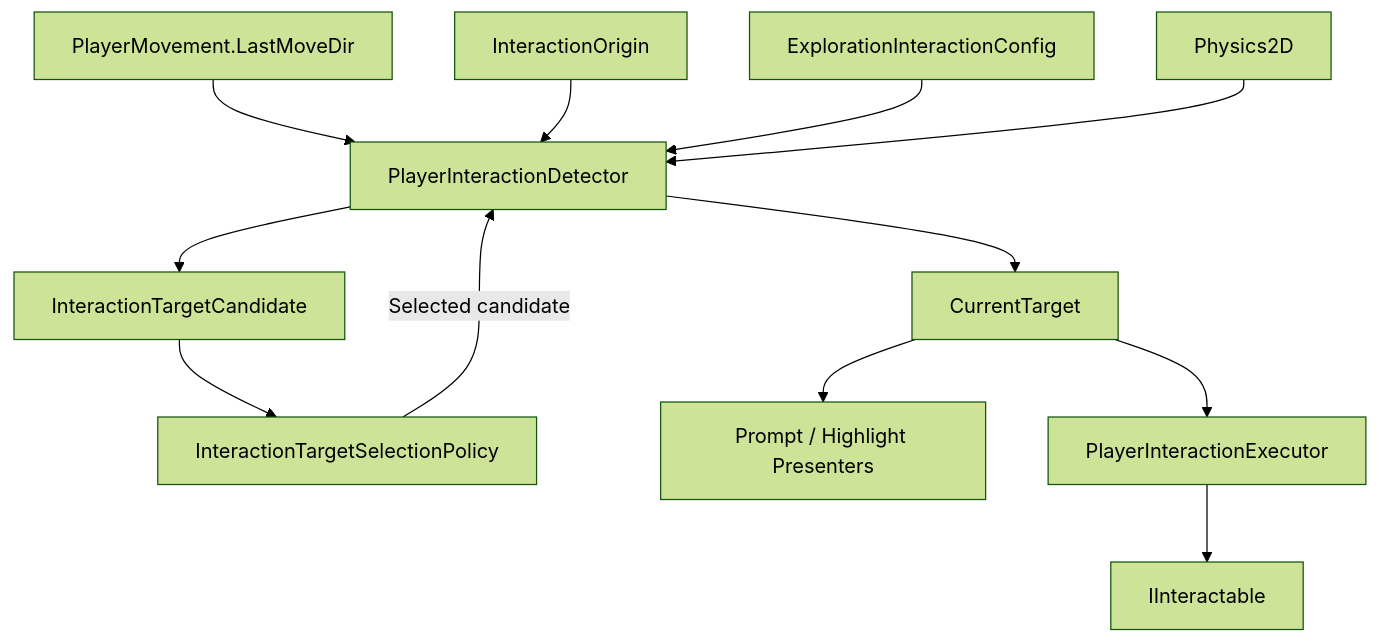
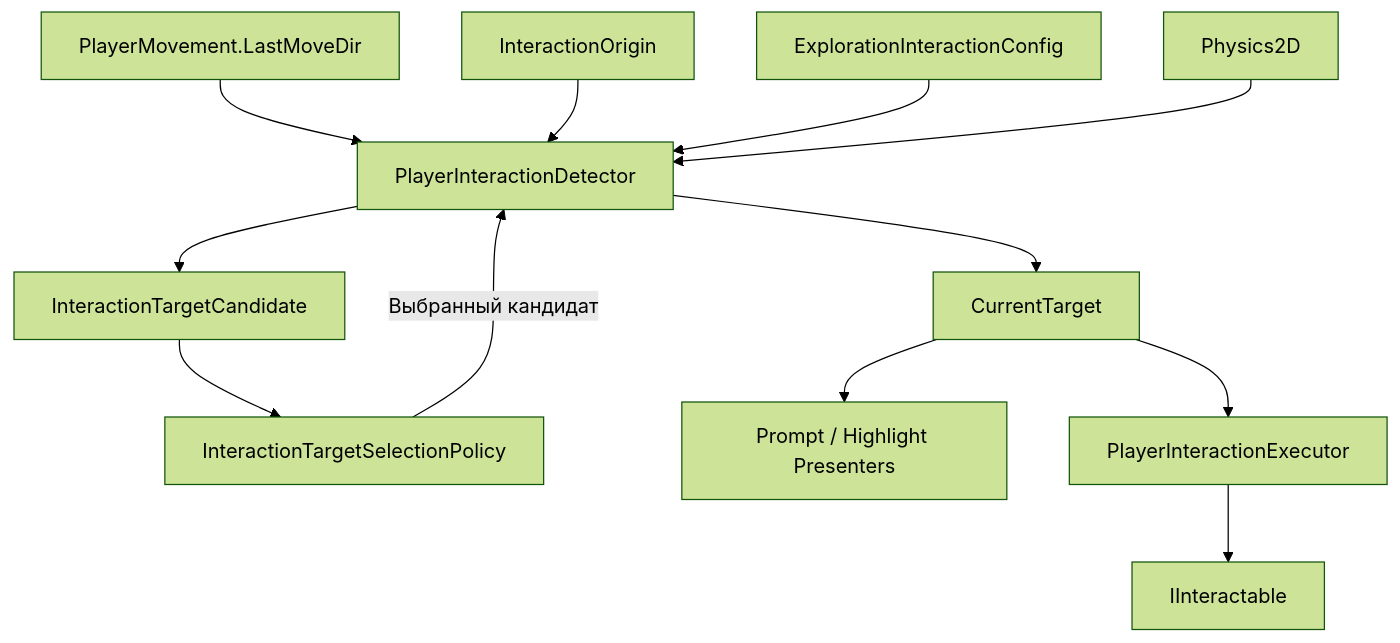
The first of 4 diagrams in Docs/Ru/ArchitectureAtlas/14_ExplorationInteraction.md (chainsawlad-Org/ChainSaw_Leg), drawn with Mermaid (forest theme) before and after one commit. The commit also changed other lines of this file and 2 other files, not shown here.

````diff
--- a/Docs/Ru/ArchitectureAtlas/14_ExplorationInteraction.md
+++ b/Docs/Ru/ArchitectureAtlas/14_ExplorationInteraction.md
@@ -46,37 +46,37 @@
 ```mermaid
 flowchart TD
 
 Movement["PlayerMovement.LastMoveDir"]
 
 Origin["InteractionOrigin"]
 
 Config["ExplorationInteractionConfig"]
 
 Physics["Physics2D"]
 
 Detector["PlayerInteractionDetector"]
 
 Candidates["InteractionTargetCandidate"]
 
 Policy["InteractionTargetSelectionPolicy"]
 
 Current["CurrentTarget"]
 
 Presenters["Prompt / Highlight Presenters"]
 
 Executor["PlayerInteractionExecutor"]
 
 Interactable["IInteractable"]
 
 Movement --> Detector
 Origin --> Detector
 Config --> Detector
 Physics --> Detector
 Detector --> Candidates
 Candidates --> Policy
-Policy -->|Selected candidate| Detector
+Policy -->|Выбранный кандидат| Detector
 Detector --> Current
 Current --> Presenters
 Current --> Executor
 Executor --> Interactable
 ```
````
